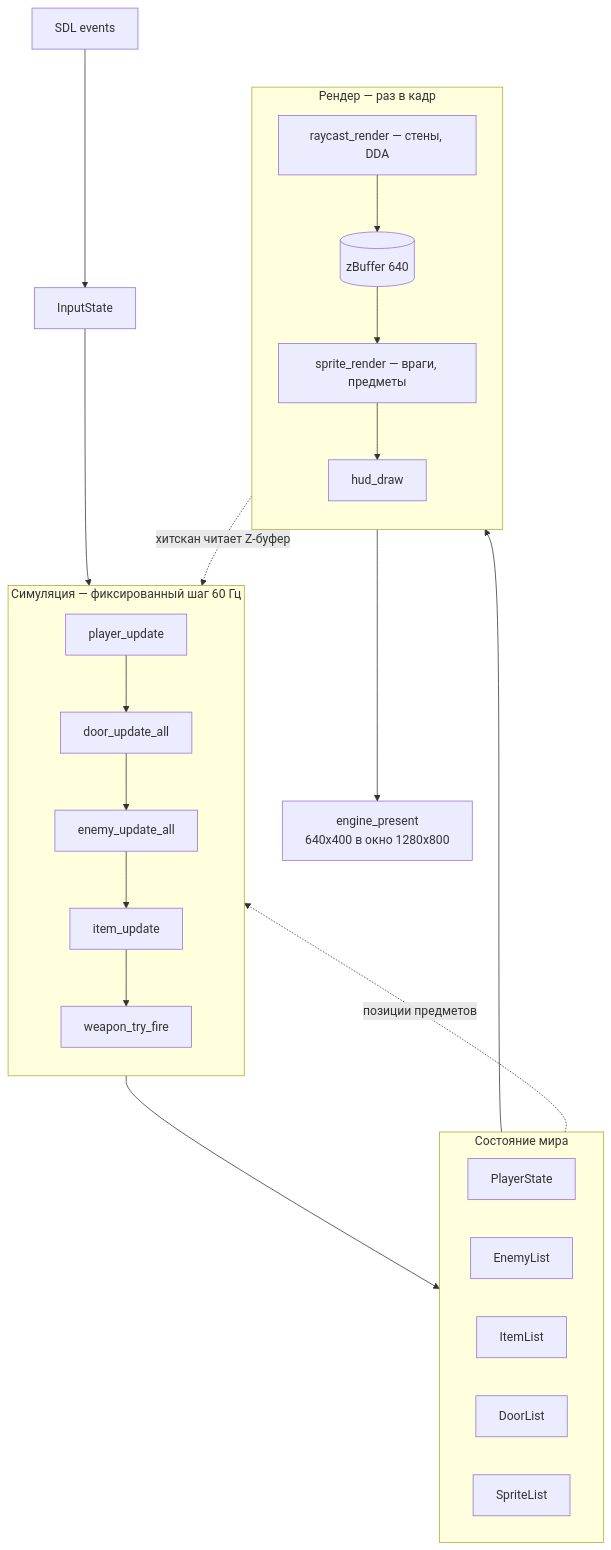
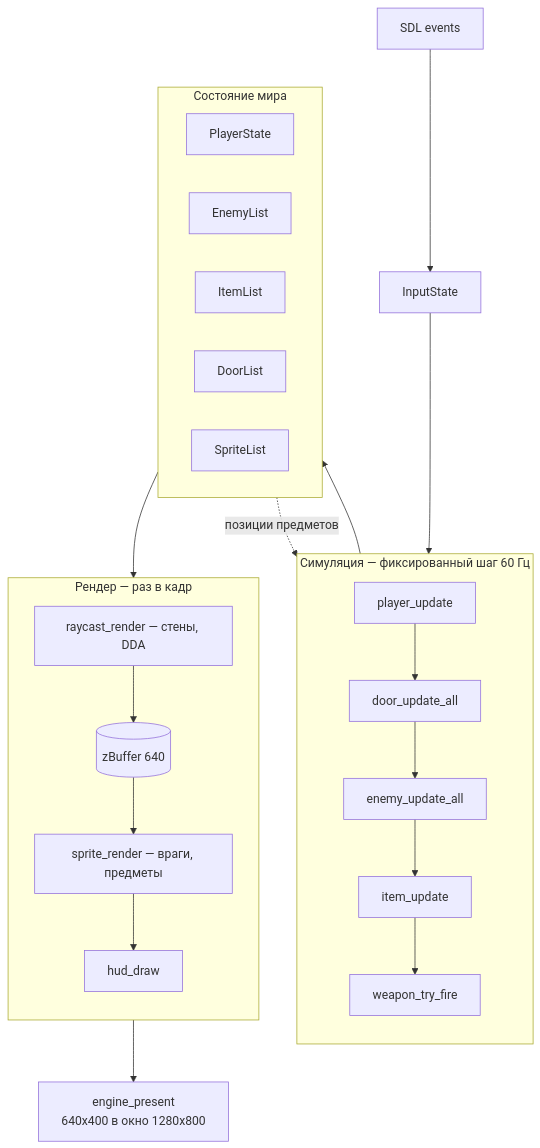
Before and after one commit to AlexEr92/doom-clone: the diagram in docs/architecture.md, drawn with Mermaid. The commit also changed other lines of this file and 13 other files, not shown here.

````diff
--- a/docs/architecture.md
+++ b/docs/architecture.md
@@ -33,36 +33,35 @@
 ```mermaid
 flowchart TB
     ev["SDL events"] --> inp["InputState"]
 
     subgraph sim["Симуляция — фиксированный шаг 60 Гц"]
         direction TB
         pl["player_update"] --> dr["door_update_all"]
         dr --> en["enemy_update_all"]
         en --> it["item_update"]
         it --> wp["weapon_try_fire"]
     end
 
     subgraph st["Состояние мира"]
         direction LR
         sp1["PlayerState"]
         sp2["EnemyList"]
         sp3["ItemList"]
         sp4["DoorList"]
         sp5["SpriteList"]
     end
 
     subgraph rnd["Рендер — раз в кадр"]
         direction TB
         rc["raycast_render — стены, DDA"] --> zb[("zBuffer 640")]
         zb --> spr["sprite_render — враги, предметы"]
         spr --> hud["hud_draw"]
     end
 
     inp --> sim
     sim --> st
     st --> rnd
     hud --> pres["engine_present<br/>640x400 в окно 1280x800"]
 
-    zb -. "хитскан читает Z-буфер" .-> wp
     sp5 -. "позиции предметов" .-> it
 ```
````
